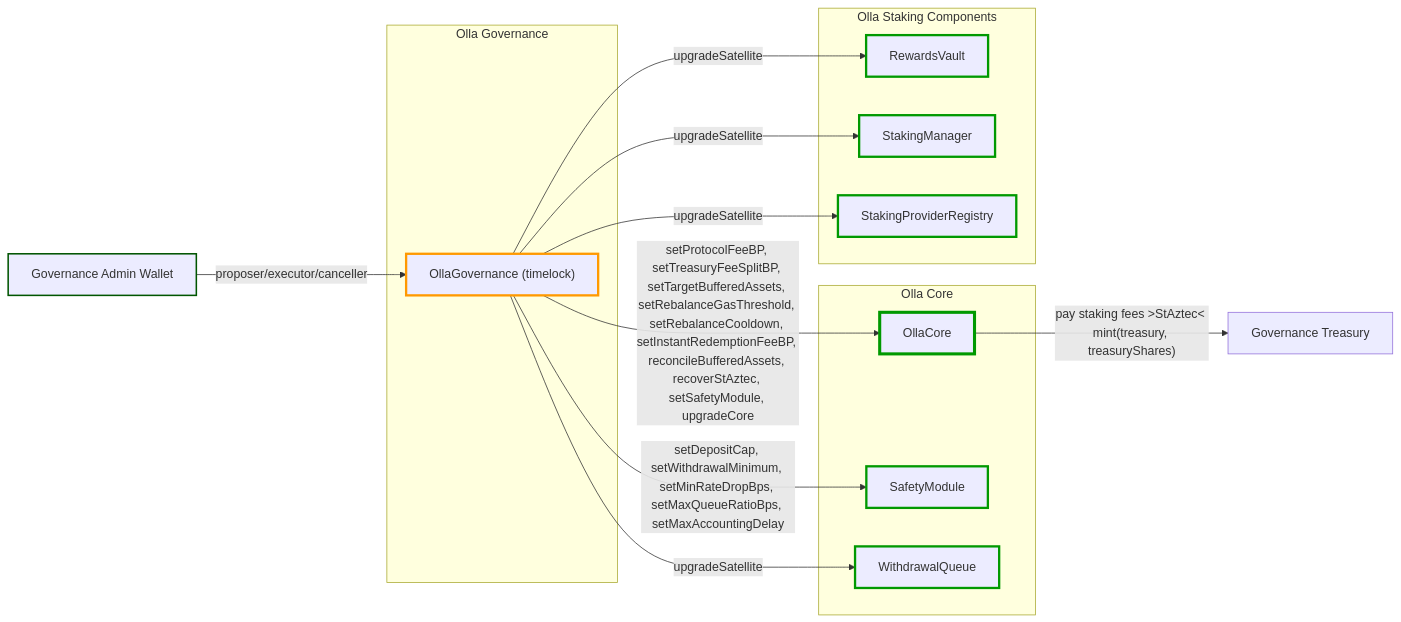
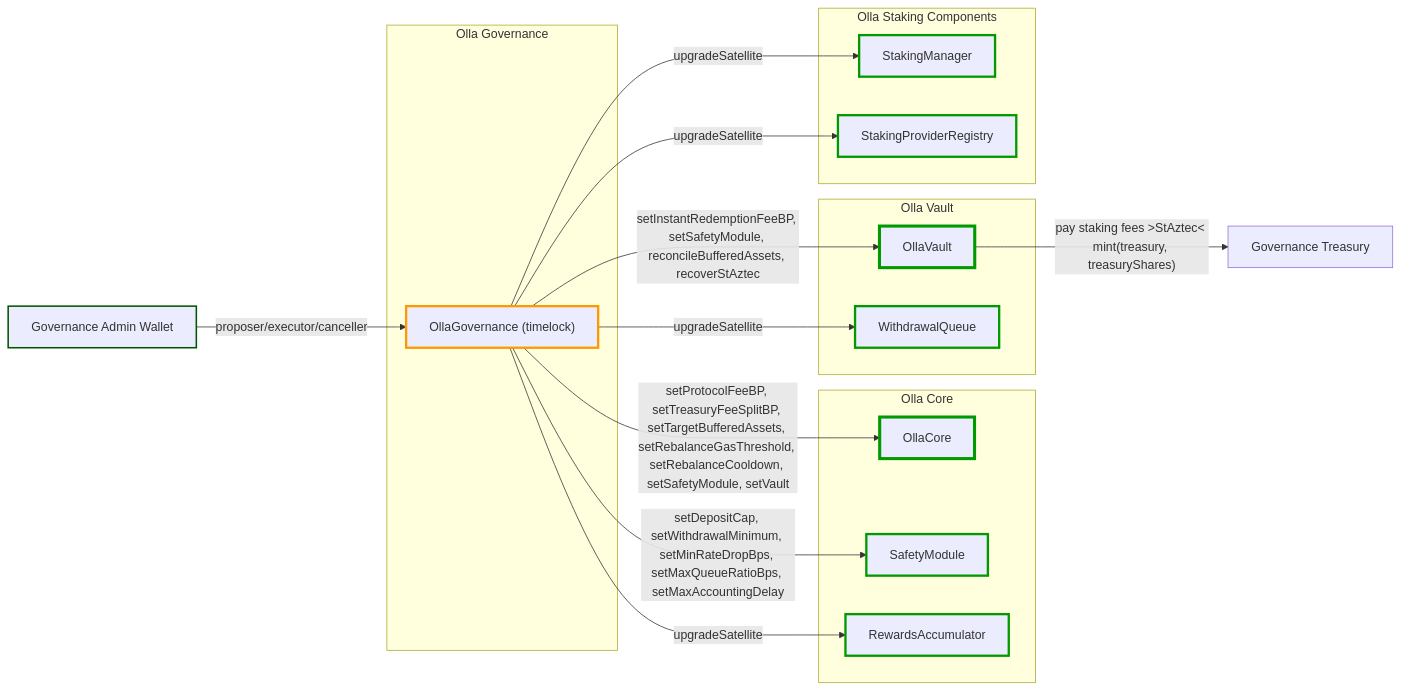
One commit to ollafinance/core changed the eighth of 8 diagrams in docs/overview.md. Above: the diagram before and after it, drawn with Mermaid. The commit also changed other lines of this file and 149 other files, not shown here.

First line of the commit message:
improvement: split OllaCore into OllaVault + OllaCore for ERC-7540 compliance (#306)

````diff
--- a/docs/overview.md
+++ b/docs/overview.md
@@ -346,41 +381,46 @@
 ```mermaid
 flowchart LR
 
 governanceAdminWallet[Governance Admin Wallet]
 treasury[Governance Treasury]
 
 subgraph "Olla Governance"
     ollaGov["OllaGovernance (timelock)"]
 end
 
 governanceAdminWallet -->|"proposer/executor/canceller"| ollaGov
 
 subgraph "Olla Core"
     core[OllaCore]
     safety[SafetyModule]
+    rewards[RewardsAccumulator]
+end
+subgraph "Olla Vault"
+    vault[OllaVault]
     withdrawQ[WithdrawalQueue]
 end
 subgraph "Olla Staking Components"
-    rewards[RewardsVault]
     stkMan[StakingManager]
     spr[StakingProviderRegistry]
 end
 
-ollaGov -->|"setProtocolFeeBP, setTreasuryFeeSplitBP, setTargetBufferedAssets, setRebalanceGasThreshold, setRebalanceCooldown, setInstantRedemptionFeeBP, reconcileBufferedAssets, recoverStAztec, setSafetyModule, upgradeCore"| core
+ollaGov -->|"setProtocolFeeBP, setTreasuryFeeSplitBP, setTargetBufferedAssets, setRebalanceGasThreshold, setRebalanceCooldown, setSafetyModule, setVault"| core
+ollaGov -->|"setInstantRedemptionFeeBP, setSafetyModule, reconcileBufferedAssets, recoverStAztec"| vault
 ollaGov -->|"setDepositCap, setWithdrawalMinimum, setMinRateDropBps, setMaxQueueRatioBps, setMaxAccountingDelay"| safety
 ollaGov -->|"upgradeSatellite"| withdrawQ
 ollaGov -->|"upgradeSatellite"| rewards
 ollaGov -->|"upgradeSatellite"| stkMan
 ollaGov -->|"upgradeSatellite"| spr
 
-core -->|"pay staking fees >StAztec< mint(treasury, treasuryShares)"| treasury
+vault -->|"pay staking fees >StAztec< mint(treasury, treasuryShares)"| treasury
 
 style governanceAdminWallet stroke:#050,stroke-width:2px
 style ollaGov stroke:#f90,stroke-width:3px
 style core stroke:#090,stroke-width:4px
+style vault stroke:#090,stroke-width:4px
 style safety stroke:#090,stroke-width:3px
 style rewards stroke:#090,stroke-width:3px
 style stkMan stroke:#090,stroke-width:3px
 style spr stroke:#090,stroke-width:3px
 style withdrawQ stroke:#090,stroke-width:3px
 ```
````
